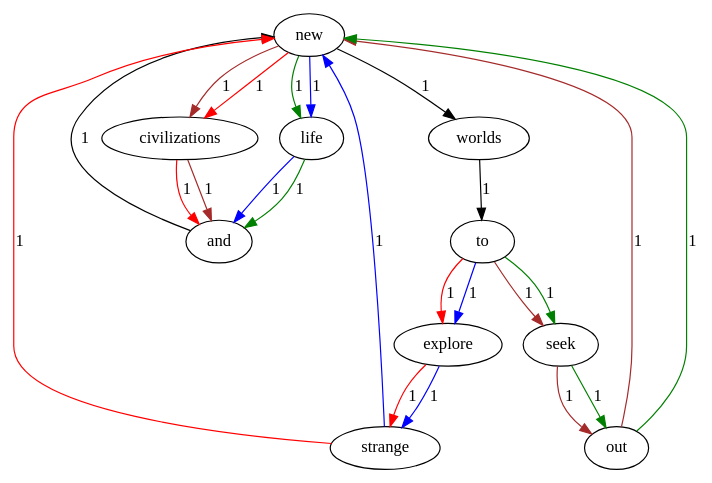
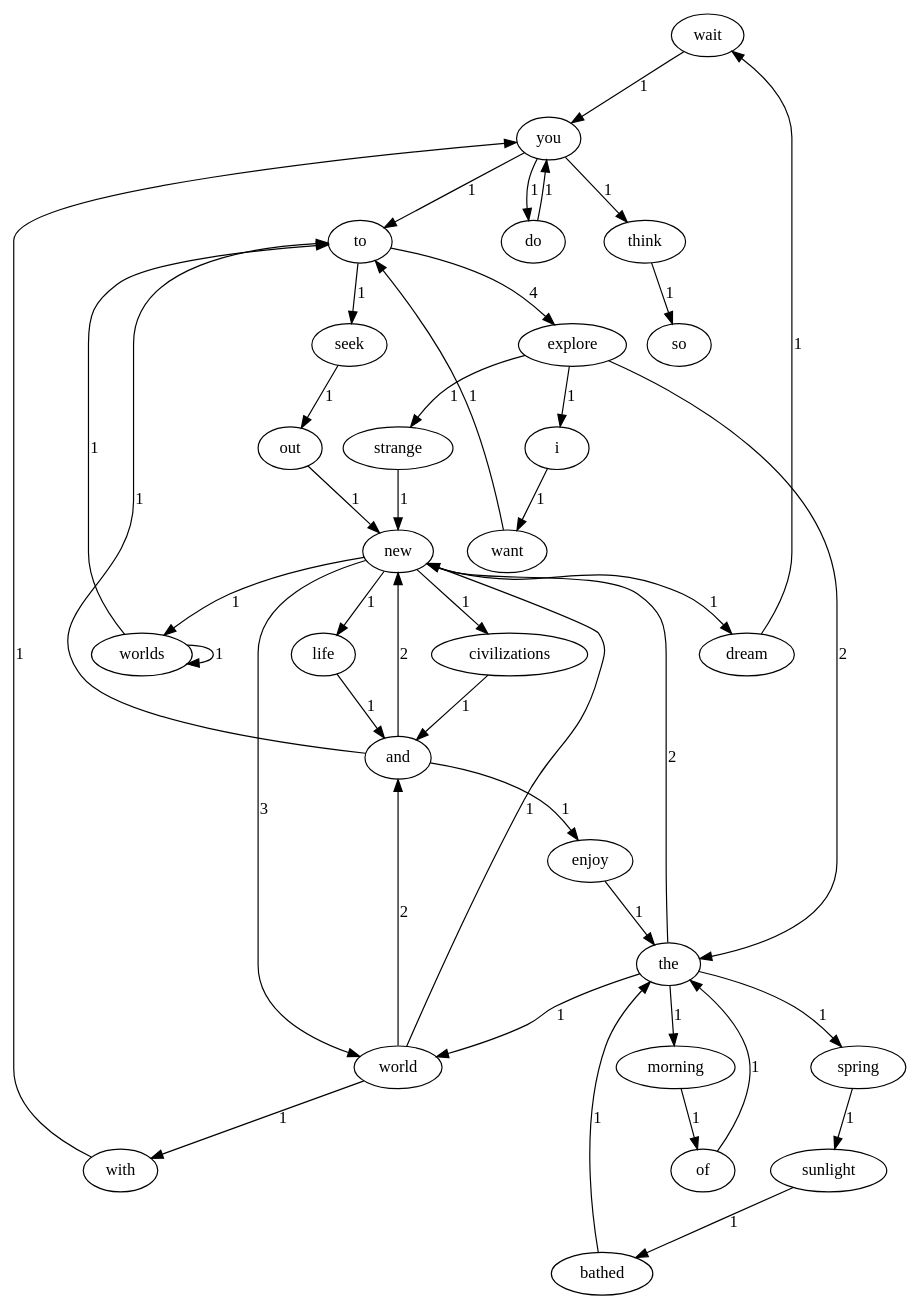
Before and after one commit to GreatVisionary/Lab1-2021111214: the diagram in graph.dot, drawn with Graphviz.

Commit message:
modified in got

```diff
--- a/graph.dot
+++ b/graph.dot
@@ -1,35 +1,71 @@
 digraph G {
-  "new";
+  "wait";
   "worlds";
-  "explore";
-  "and";
-  "to";
-  "civilizations";
+  "enjoy";
+  "do";
   "seek";
   "life";
+  "out";
+  "spring";
+  "world";
+  "and";
+  "of";
+  "bathed";
+  "civilizations";
+  "you";
+  "think";
+  "new";
+  "explore";
+  "want";
+  "i";
   "strange";
-  "out";
+  "morning";
+  "the";
+  "with";
+  "sunlight";
+  "dream";
+  "to";
+  "wait" -> "you" [label="1",color="black"];
+  "worlds" -> "worlds" [label="1",color="black"];
+  "worlds" -> "to" [label="1",color="black"];
+  "enjoy" -> "the" [label="1",color="black"];
+  "do" -> "you" [label="1",color="black"];
+  "seek" -> "out" [label="1",color="black"];
+  "life" -> "and" [label="1",color="black"];
+  "out" -> "new" [label="1",color="black"];
+  "spring" -> "sunlight" [label="1",color="black"];
+  "world" -> "with" [label="1",color="black"];
+  "world" -> "new" [label="1",color="black"];
+  "world" -> "and" [label="2",color="black"];
+  "and" -> "new" [label="2",color="black"];
+  "and" -> "enjoy" [label="1",color="black"];
+  "and" -> "to" [label="1",color="black"];
+  "of" -> "the" [label="1",color="black"];
+  "bathed" -> "the" [label="1",color="black"];
+  "civilizations" -> "and" [label="1",color="black"];
+  "you" -> "think" [label="1",color="black"];
+  "you" -> "do" [label="1",color="black"];
+  "you" -> "to" [label="1",color="black"];
+  "think" -> "so" [label="1",color="black"];
+  "new" -> "world" [label="3",color="black"];
   "new" -> "worlds" [label="1",color="black"];
-  "new" -> "civilizations" [label="1",color="red"];
-  "new" -> "civilizations" [label="1",color="brown"];
-  "new" -> "life" [label="1",color="blue"];
-  "new" -> "life" [label="1",color="green"];
-  "worlds" -> "to" [label="1",color="black"];
-  "explore" -> "strange" [label="1",color="red"];
-  "explore" -> "strange" [label="1",color="blue"];
-  "and" -> "new" [label="1",color="black"];
-  "to" -> "explore" [label="1",color="red"];
-  "to" -> "explore" [label="1",color="blue"];
-  "to" -> "seek" [label="1",color="brown"];
-  "to" -> "seek" [label="1",color="green"];
-  "civilizations" -> "and" [label="1",color="red"];
-  "civilizations" -> "and" [label="1",color="brown"];
-  "seek" -> "out" [label="1",color="brown"];
-  "seek" -> "out" [label="1",color="green"];
-  "life" -> "and" [label="1",color="blue"];
-  "life" -> "and" [label="1",color="green"];
-  "strange" -> "new" [label="1",color="red"];
-  "strange" -> "new" [label="1",color="blue"];
-  "out" -> "new" [label="1",color="brown"];
-  "out" -> "new" [label="1",color="green"];
+  "new" -> "dream" [label="1",color="black"];
+  "new" -> "civilizations" [label="1",color="black"];
+  "new" -> "life" [label="1",color="black"];
+  "explore" -> "the" [label="2",color="black"];
+  "explore" -> "i" [label="1",color="black"];
+  "explore" -> "strange" [label="1",color="black"];
+  "want" -> "to" [label="1",color="black"];
+  "i" -> "want" [label="1",color="black"];
+  "strange" -> "new" [label="1",color="black"];
+  "morning" -> "of" [label="1",color="black"];
+  "the" -> "spring" [label="1",color="black"];
+  "the" -> "new" [label="2",color="black"];
+  "the" -> "world" [label="1",color="black"];
+  "the" -> "morning" [label="1",color="black"];
+  "with" -> "you" [label="1",color="black"];
+  "sunlight" -> "bathed" [label="1",color="black"];
+  "dream" -> "wait" [label="1",color="black"];
+  "to" -> "explore" [label="4",color="black"];
+  "to" -> "seek" [label="1",color="black"];
 }
```
